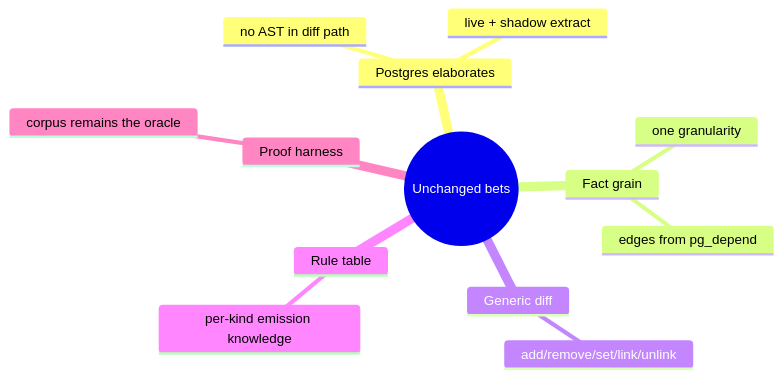
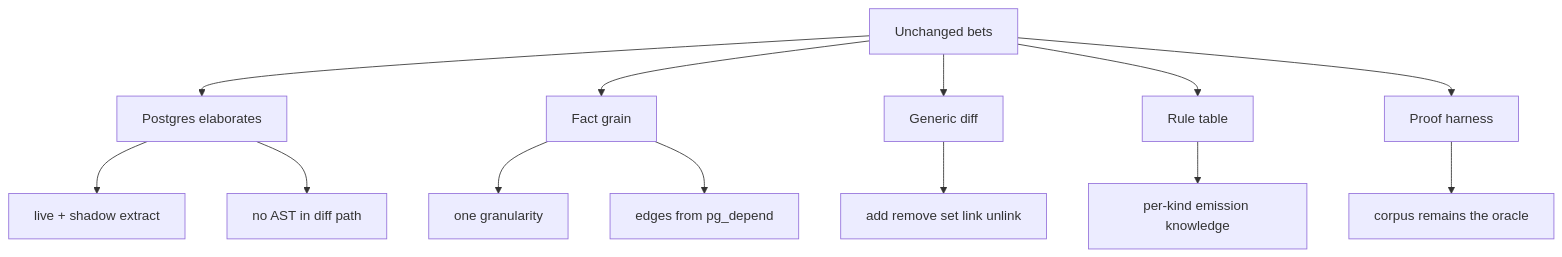
One commit to 7ttp/pg-toolbelt changed diagram 11 of 11 in docs/roadmap/agent-tracks/OVERVIEW.md. Above: the diagram before and after it, drawn with Mermaid. The commit also changed other lines of this file and 2 other files, not shown here.

````diff
--- a/docs/roadmap/agent-tracks/OVERVIEW.md
+++ b/docs/roadmap/agent-tracks/OVERVIEW.md
@@ -430,16 +445,16 @@
 ```mermaid
-mindmap
-  root((Unchanged bets))
-    Postgres elaborates
-      live + shadow extract
-      no AST in diff path
-    Fact grain
-      one granularity
-      edges from pg_depend
-    Generic diff
-      add/remove/set/link/unlink
-    Rule table
-      per-kind emission knowledge
-    Proof harness
-      corpus remains the oracle
+flowchart TB
+  ROOT[Unchanged bets]
+  ROOT --> A[Postgres elaborates]
+  A --> A1[live + shadow extract]
+  A --> A2[no AST in diff path]
+  ROOT --> B[Fact grain]
+  B --> B1[one granularity]
+  B --> B2[edges from pg_depend]
+  ROOT --> C[Generic diff]
+  C --> C1[add remove set link unlink]
+  ROOT --> D[Rule table]
+  D --> D1[per-kind emission knowledge]
+  ROOT --> E[Proof harness]
+  E --> E1[corpus remains the oracle]
 ```
````
